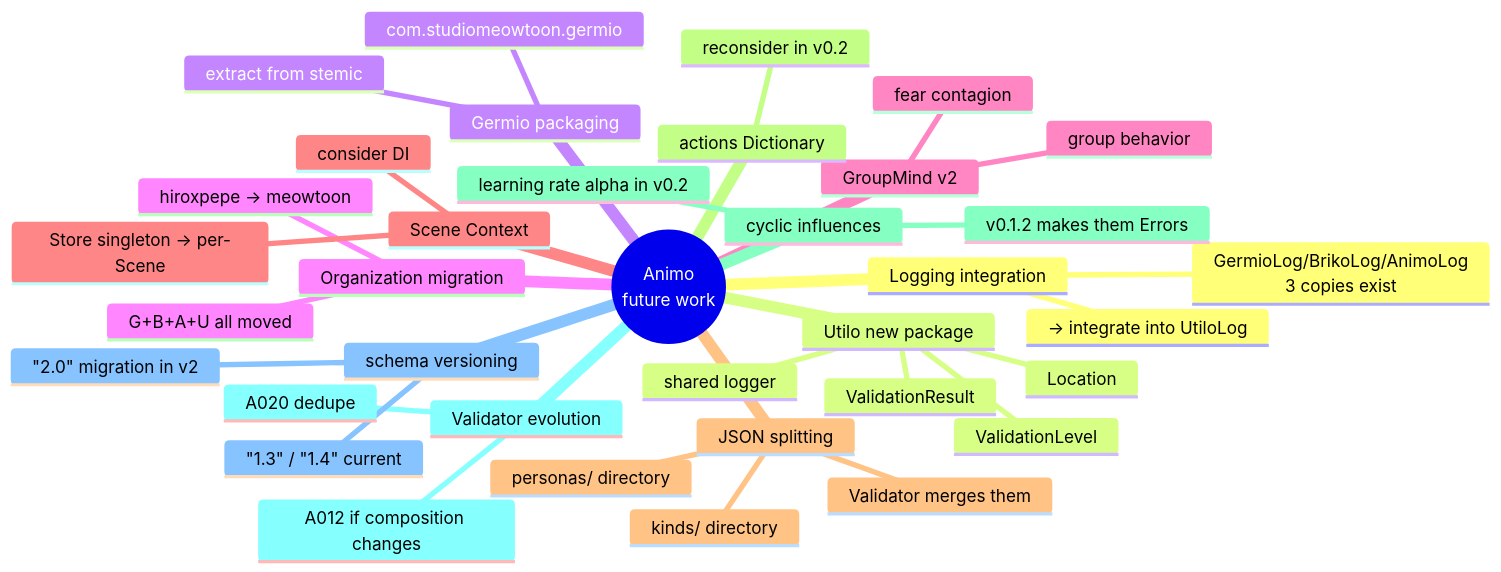
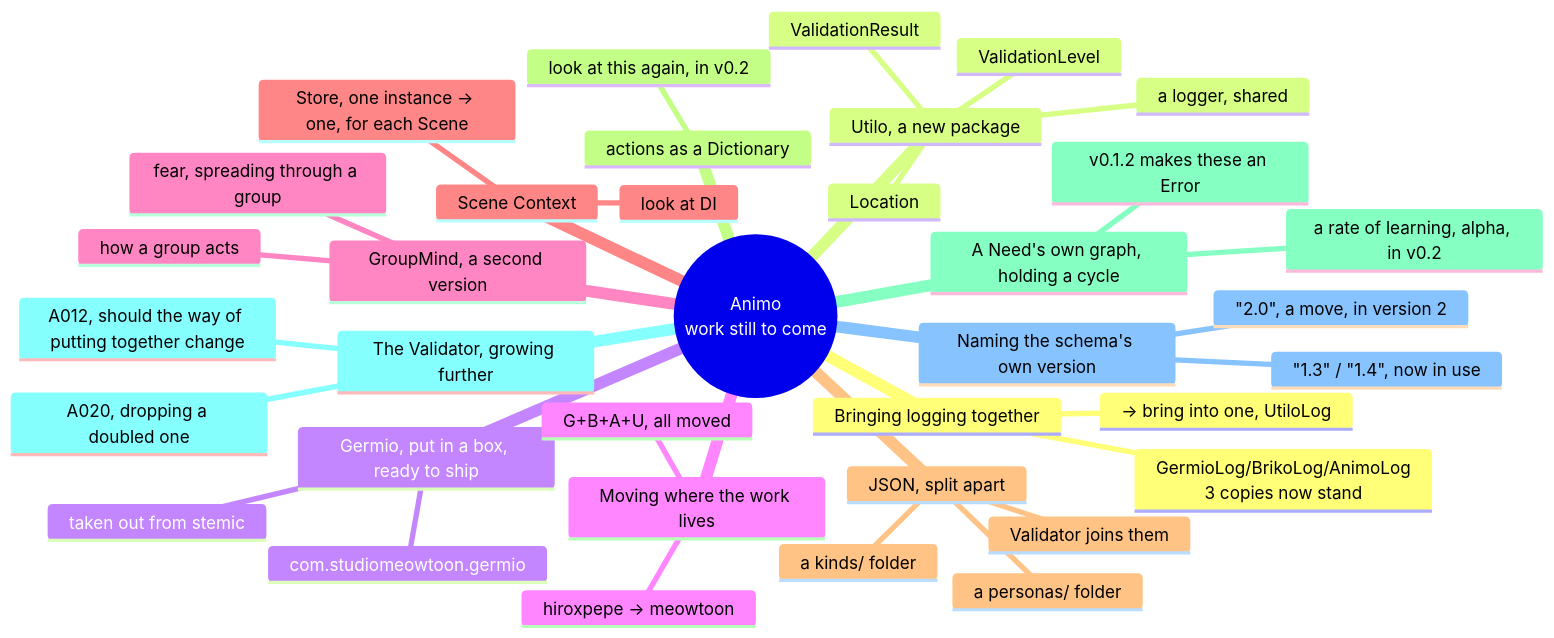
Diagram 47 of 56 in docs/animo_spec.md (hiroxpepe/animo), drawn with Mermaid before and after one commit. The commit also changed other lines of this file, not shown here.

Commit message:
fix: Update the mermaid diagram text to fit Basic English

````diff
--- a/docs/animo_spec.md
+++ b/docs/animo_spec.md
@@ -2920,39 +2920,39 @@
 ```mermaid
 mindmap
-  root((Animo<br/>future work))
-    Logging integration
-      GermioLog/BrikoLog/AnimoLog<br/>3 copies exist
-      → integrate into UtiloLog
-    Utilo new package
-      shared logger
+  root((Animo<br/>work still to come))
+    Bringing logging together
+      GermioLog/BrikoLog/AnimoLog<br/>3 copies now stand
+      → bring into one, UtiloLog
+    Utilo, a new package
+      a logger, shared
       ValidationResult
       ValidationLevel
       Location
-    Germio packaging
-      extract from stemic
+    Germio, put in a box, ready to ship
+      taken out from stemic
       com.studiomeowtoon.germio
-    Organization migration
+    Moving where the work lives
       hiroxpepe → meowtoon
-      G+B+A+U all moved
-    GroupMind v2
-      fear contagion
-      group behavior
+      G+B+A+U, all moved
+    GroupMind, a second version
+      fear, spreading through a group
+      how a group acts
     Scene Context
-      Store singleton → per-Scene
-      consider DI
-    JSON splitting
-      kinds/ directory
-      personas/ directory
-      Validator merges them
-    actions Dictionary
-      reconsider in v0.2
-    cyclic influences
-      v0.1.2 makes them Errors
-      learning rate alpha in v0.2
-    Validator evolution
-      A012 if composition changes
-      A020 dedupe
-    schema versioning
-      "1.3" / "1.4" current
-      "2.0" migration in v2
+      Store, one instance → one, for each Scene
+      look at DI
+    JSON, split apart
+      a kinds/ folder
+      a personas/ folder
+      Validator joins them
+    actions as a Dictionary
+      look at this again, in v0.2
+    A Need's own graph, holding a cycle
+      v0.1.2 makes these an Error
+      a rate of learning, alpha, in v0.2
+    The Validator, growing further
+      A012, should the way of putting together change
+      A020, dropping a doubled one
+    Naming the schema's own version
+      "1.3" / "1.4", now in use
+      "2.0", a move, in version 2
 ```
````
